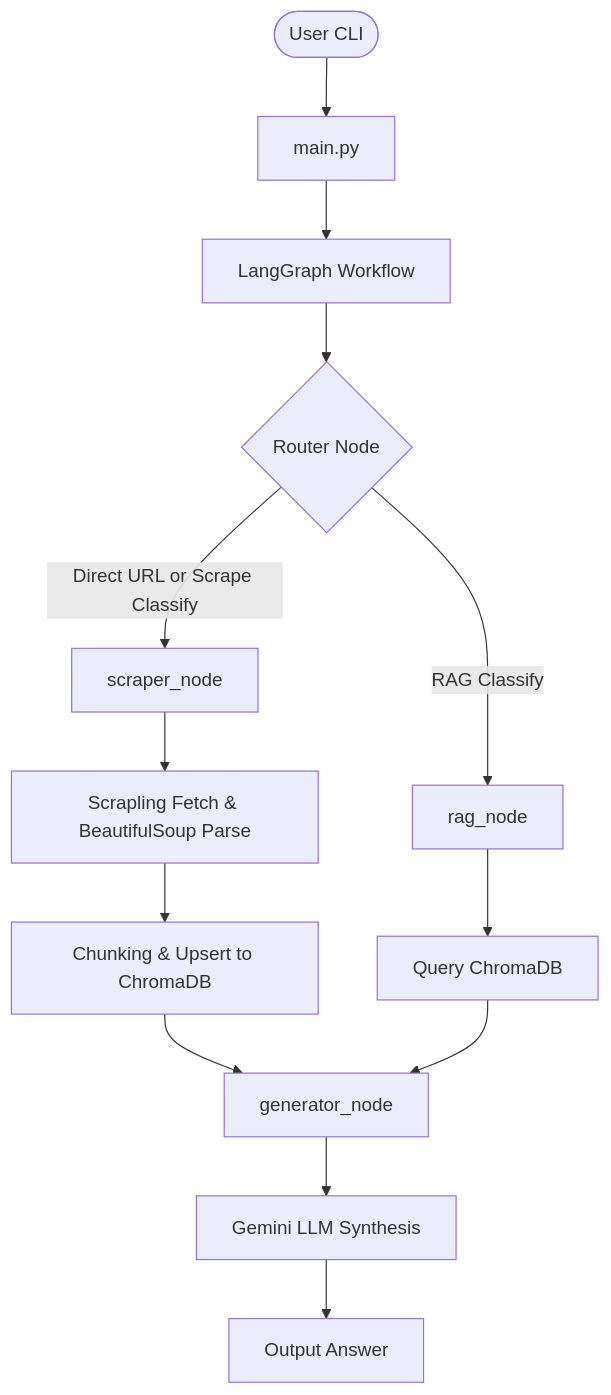
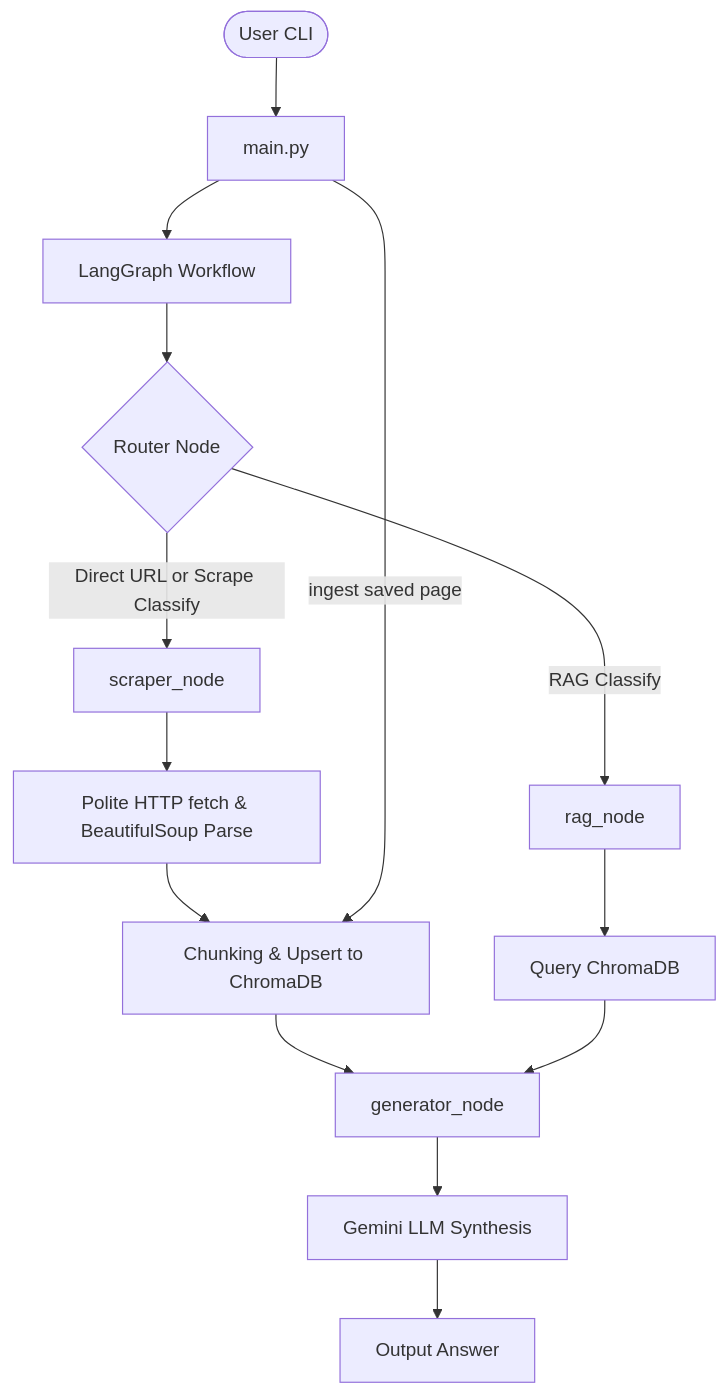
The diagram in README.md (Lolavine777/rag-scrape), drawn with Mermaid before and after one commit. The commit also changed other lines of this file and 9 other files, not shown here.

First line of the commit message:
feat!: replace anti-bot bypass with polite fetching and saved-page ingest

````diff
--- a/README.md
+++ b/README.md
@@ -20,15 +20,16 @@
 ```mermaid
 graph TD
     User([User CLI]) --> Main[main.py]
     Main --> Graph[LangGraph Workflow]
     Graph --> Router{Router Node}
     Router -- Direct URL or Scrape Classify --> Scraper[scraper_node]
     Router -- RAG Classify --> RAG[rag_node]
-    Scraper --> Fetch[Scrapling Fetch & BeautifulSoup Parse]
+    Scraper --> Fetch[Polite HTTP fetch & BeautifulSoup Parse]
     Fetch --> Index[Chunking & Upsert to ChromaDB]
+    Main -- ingest saved page --> Index
     Index --> Gen[generator_node]
     RAG --> Query[Query ChromaDB]
     Query --> Gen
     Gen --> Gemini[Gemini LLM Synthesis]
     Gemini --> Answer[Output Answer]
 ```
````
